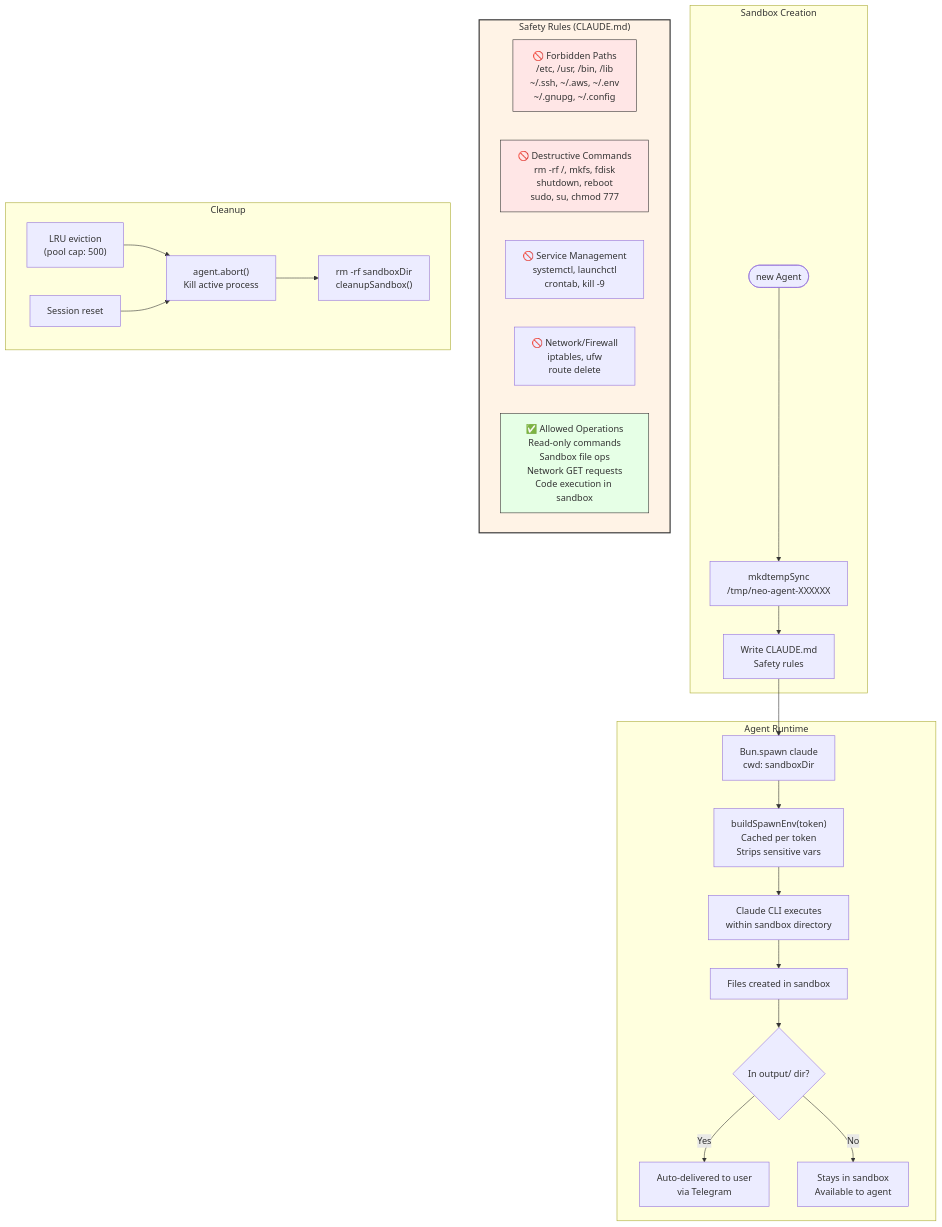
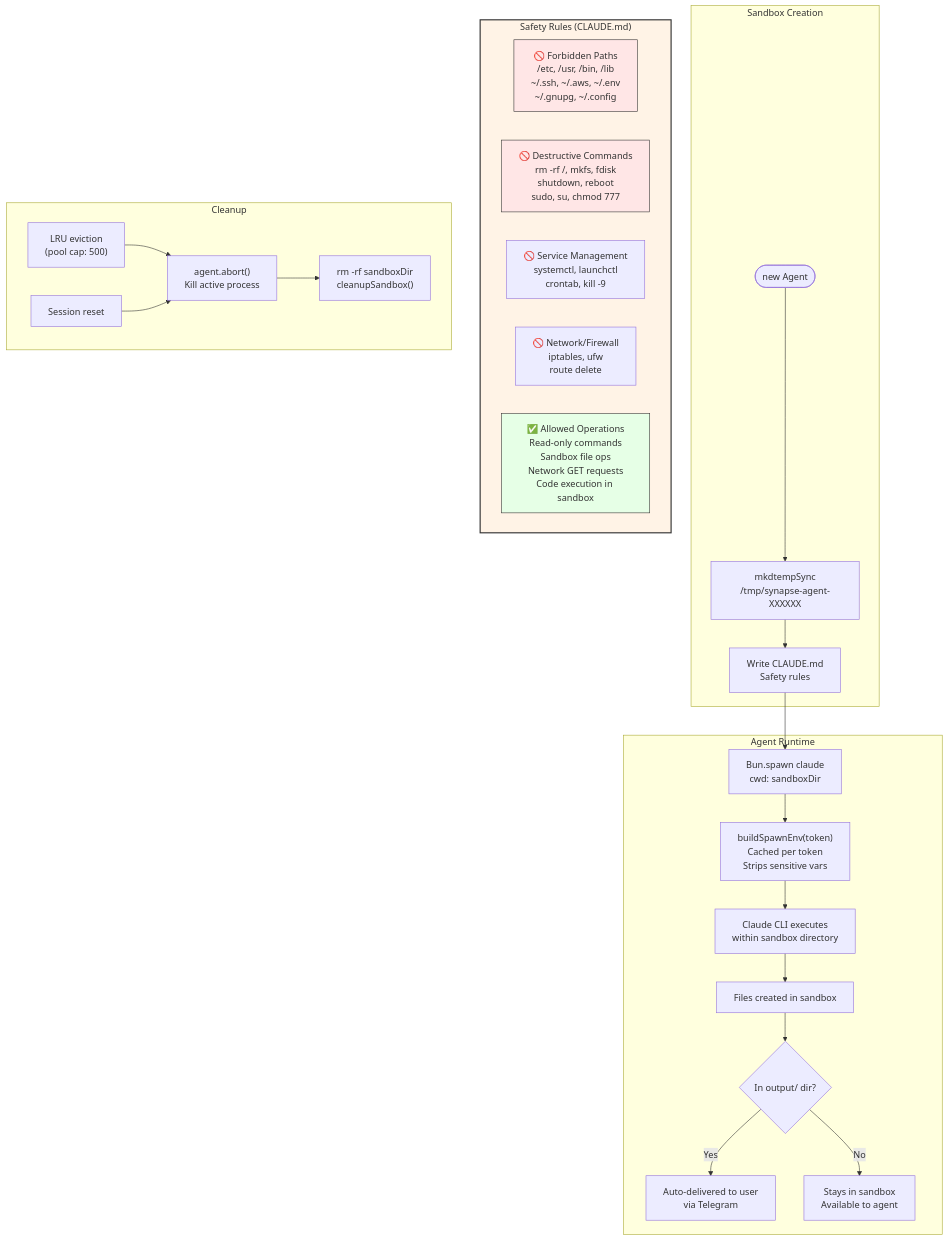
One commit to egeominotti/Synapse changed diagram 11 of 12 in docs/ARCHITECTURE.md. Above: the diagram before and after it, drawn with Mermaid. The commit also changed other lines of this file and 19 other files, not shown here.

First line of the commit message:
Rename project from Neo to Synapse: new branding, logo, and README

````diff
--- a/docs/ARCHITECTURE.md
+++ b/docs/ARCHITECTURE.md
@@ -623,39 +623,39 @@
 ```mermaid
 flowchart TD
     subgraph CREATE["Sandbox Creation"]
-        NEW_AGENT([new Agent]) --> MKTEMP["mkdtempSync<br/>/tmp/neo-agent-XXXXXX"]
+        NEW_AGENT([new Agent]) --> MKTEMP["mkdtempSync<br/>/tmp/synapse-agent-XXXXXX"]
         MKTEMP --> WRITE_RULES["Write CLAUDE.md<br/>Safety rules"]
     end
 
     subgraph RULES["Safety Rules (CLAUDE.md)"]
         direction LR
         FORBIDDEN["🚫 Forbidden Paths<br/>/etc, /usr, /bin, /lib<br/>~/.ssh, ~/.aws, ~/.env<br/>~/.gnupg, ~/.config"]
         DESTRUCTIVE["🚫 Destructive Commands<br/>rm -rf /, mkfs, fdisk<br/>shutdown, reboot<br/>sudo, su, chmod 777"]
         SERVICES["🚫 Service Management<br/>systemctl, launchctl<br/>crontab, kill -9"]
         NETWORK["🚫 Network/Firewall<br/>iptables, ufw<br/>route delete"]
         ALLOWED["✅ Allowed Operations<br/>Read-only commands<br/>Sandbox file ops<br/>Network GET requests<br/>Code execution in sandbox"]
     end
 
     subgraph RUNTIME["Agent Runtime"]
         SPAWN["Bun.spawn claude<br/>cwd: sandboxDir"] --> ENV["buildSpawnEnv(token)<br/>Cached per token<br/>Strips sensitive vars"]
         ENV --> EXECUTE["Claude CLI executes<br/>within sandbox directory"]
         EXECUTE --> FILES["Files created in sandbox"]
         FILES --> OUTPUT{In output/ dir?}
         OUTPUT -->|Yes| DELIVER["Auto-delivered to user<br/>via Telegram"]
         OUTPUT -->|No| STAY["Stays in sandbox<br/>Available to agent"]
     end
 
     subgraph CLEANUP_FLOW["Cleanup"]
         LRU_EVICT["LRU eviction<br/>(pool cap: 500)"] --> ABORT["agent.abort()<br/>Kill active process"]
         ABORT --> RM["rm -rf sandboxDir<br/>cleanupSandbox()"]
 
         SESSION_RESET["Session reset"] --> ABORT
     end
 
     WRITE_RULES --> SPAWN
 
     style RULES fill:#fff3e6,stroke:#333,stroke-width:2px
     style FORBIDDEN fill:#ffe6e6,stroke:#333
     style DESTRUCTIVE fill:#ffe6e6,stroke:#333
     style ALLOWED fill:#e6ffe6,stroke:#333
 ```
````
